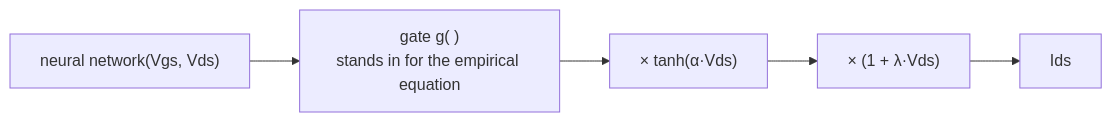
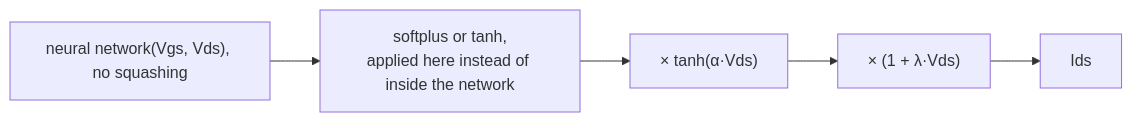
Before and after one commit to Angel-AD/transistor_modeling: the third of 5 diagrams in docs/MODEL_ARCHITECTURES_EXPLAINED.md, drawn with Mermaid. The commit also changed other lines of this file and 1 other file, not shown here.

````diff
--- a/docs/MODEL_ARCHITECTURES_EXPLAINED.md
+++ b/docs/MODEL_ARCHITECTURES_EXPLAINED.md
@@ -145,7 +158,7 @@
 ```mermaid
 flowchart LR
-    NN["neural network(Vgs, Vds)"] --> GATE["gate g( )<br/>stands in for the empirical equation"]
+    NN["neural network(Vgs, Vds), no squashing"] --> GATE["softplus or tanh,<br/>applied here instead of inside the network"]
     GATE --> M1["× tanh(α·Vds)"]
     M1 --> M2["× (1 + λ·Vds)"]
     M2 --> OUT["Ids"]
 ```
````
